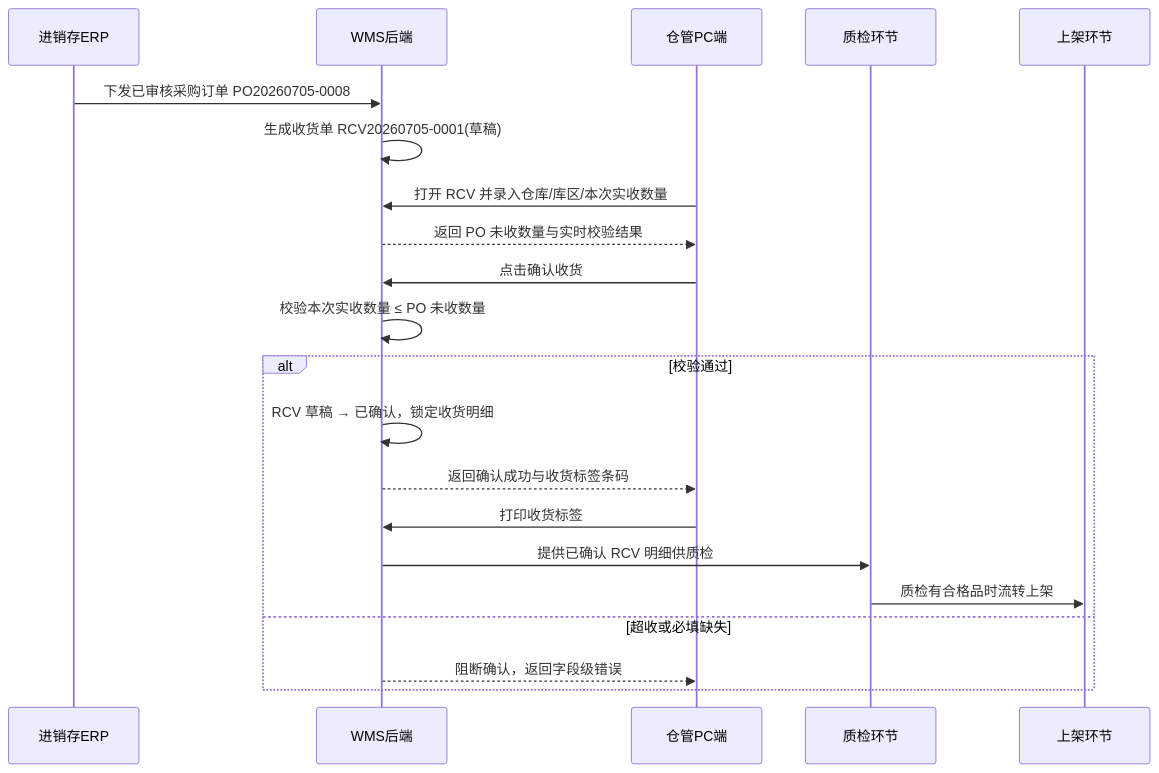
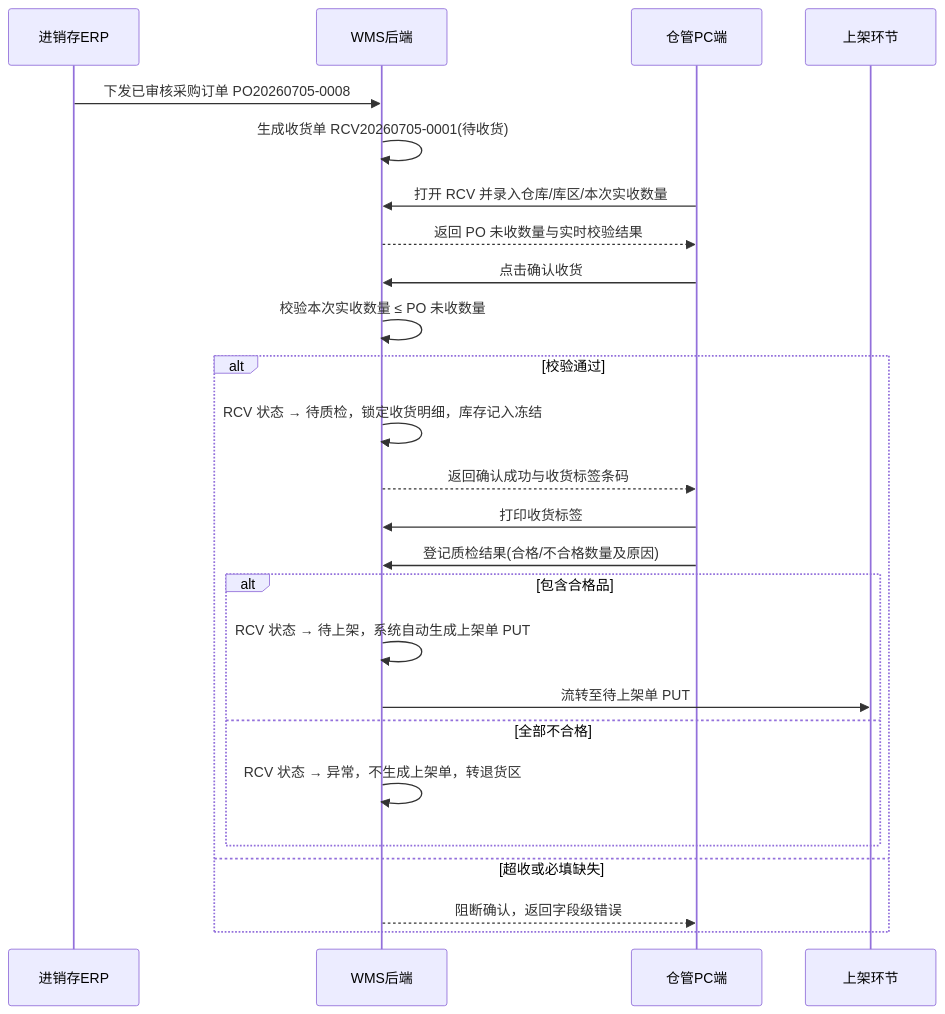
Before and after one commit to lophyJessica/forge-crm: the second of 2 diagrams in prd-docs/入库管理/收货单/收货单_业务流程推演.md, drawn with Mermaid. The commit also changed other lines of this file and 50 other files, not shown here.

````diff
--- a/prd-docs/入库管理/收货单/收货单_业务流程推演.md
+++ b/prd-docs/入库管理/收货单/收货单_业务流程推演.md
@@ -43,24 +43,28 @@
 ```mermaid
 sequenceDiagram
     participant ERP as 进销存ERP
     participant WMS as WMS后端
     participant PC as 仓管PC端
-    participant QC as 质检环节
     participant PUT as 上架环节
 
     ERP->>WMS: 下发已审核采购订单 PO20260705-0008
-    WMS->>WMS: 生成收货单 RCV20260705-0001(草稿)
+    WMS->>WMS: 生成收货单 RCV20260705-0001(待收货)
     PC->>WMS: 打开 RCV 并录入仓库/库区/本次实收数量
     WMS-->>PC: 返回 PO 未收数量与实时校验结果
     PC->>WMS: 点击确认收货
     WMS->>WMS: 校验本次实收数量 ≤ PO 未收数量
     alt 校验通过
-        WMS->>WMS: RCV 草稿 → 已确认，锁定收货明细
+        WMS->>WMS: RCV 状态 → 待质检，锁定收货明细，库存记入冻结
         WMS-->>PC: 返回确认成功与收货标签条码
         PC->>WMS: 打印收货标签
-        WMS->>QC: 提供已确认 RCV 明细供质检
-        QC->>PUT: 质检有合格品时流转上架
+        PC->>WMS: 登记质检结果(合格/不合格数量及原因)
+        alt 包含合格品
+            WMS->>WMS: RCV 状态 → 待上架，系统自动生成上架单 PUT
+            WMS->>PUT: 流转至待上架单 PUT
+        else 全部不合格
+            WMS->>WMS: RCV 状态 → 异常，不生成上架单，转退货区
+        end
     else 超收或必填缺失
         WMS-->>PC: 阻断确认，返回字段级错误
     end
 ```
````
